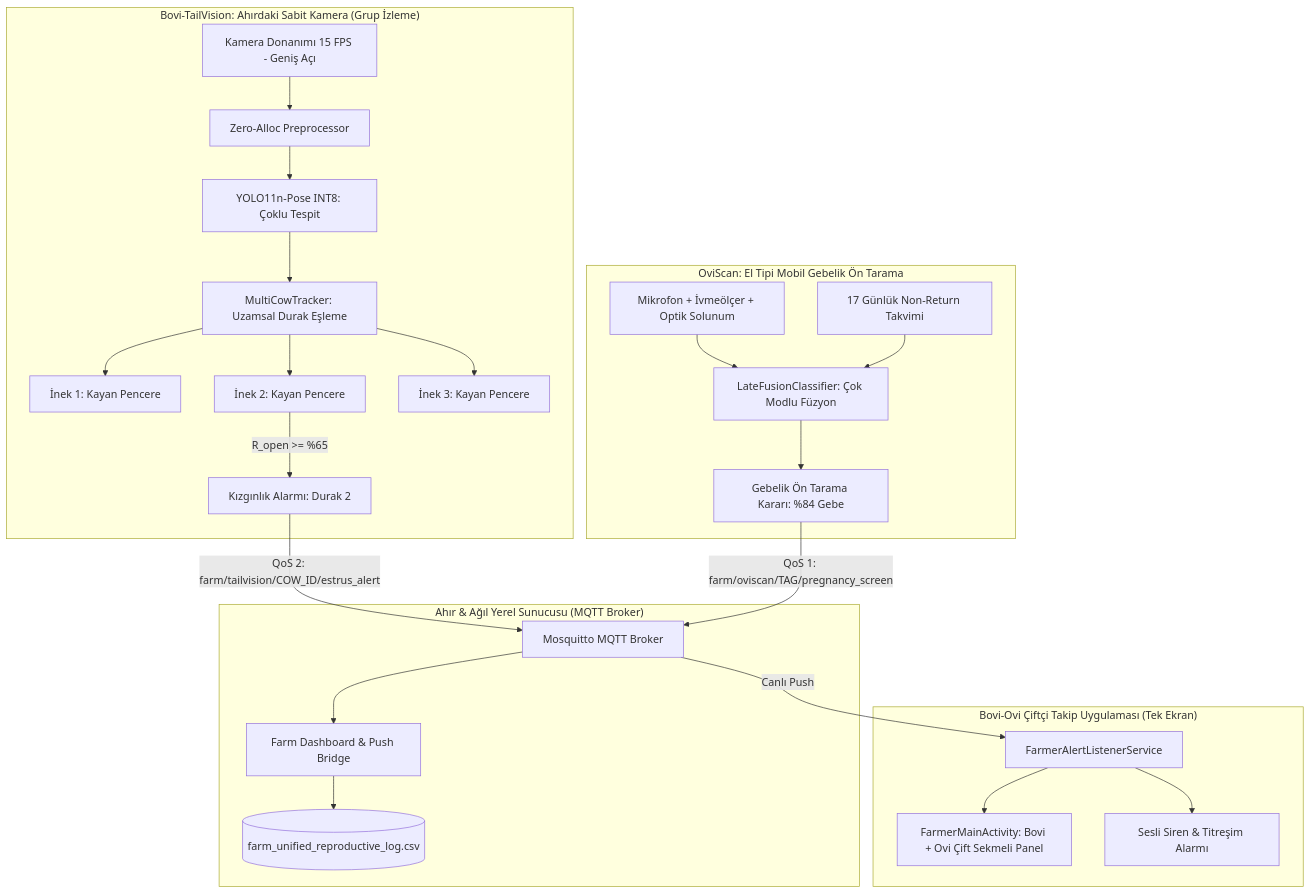
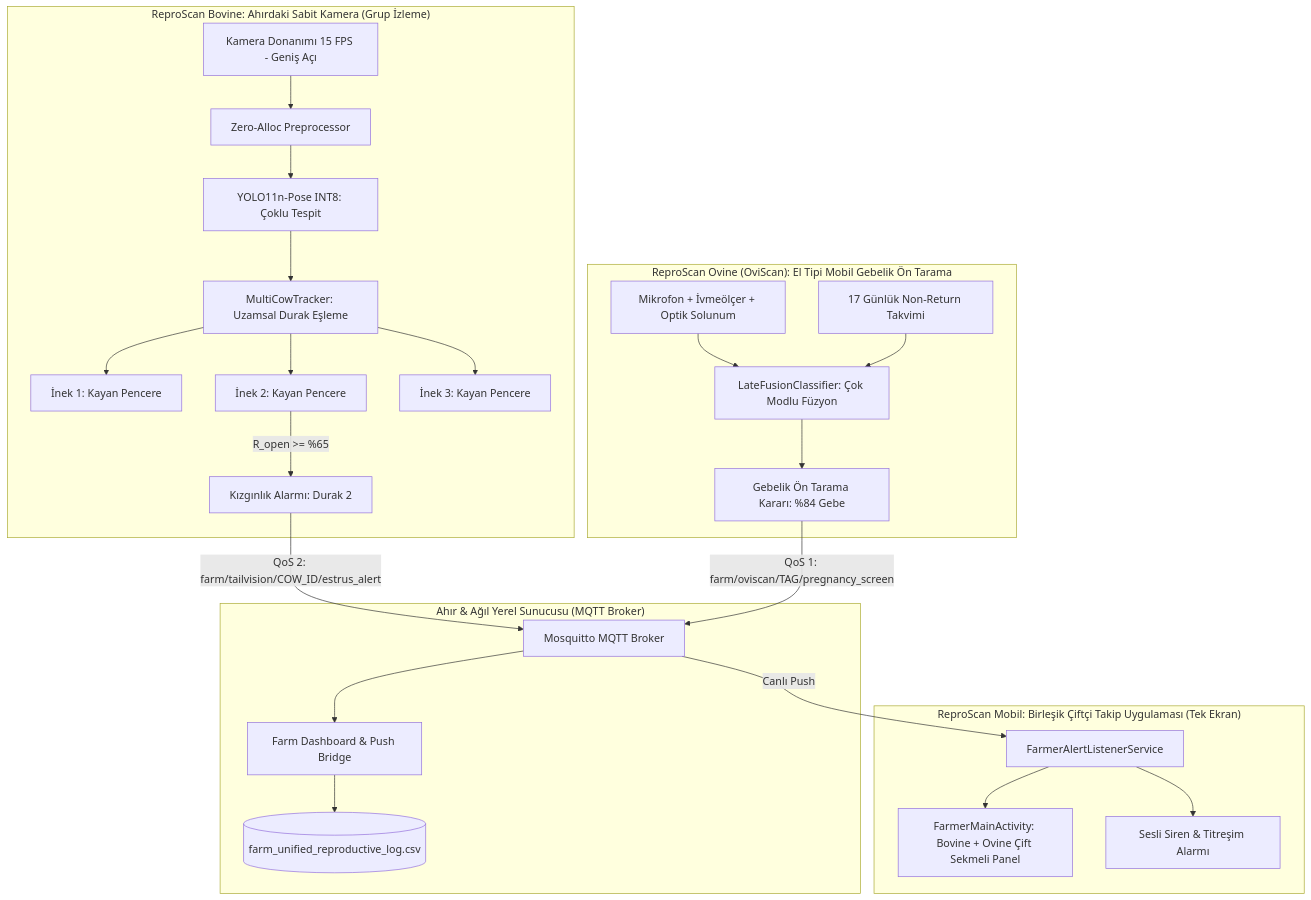
The diagram in docs/ARCHITECTURE.md (mserman90/bovi-tailvision), drawn with Mermaid before and after one commit. The commit also changed other lines of this file and 12 other files, not shown here.

Commit message:
feat: Complete unified rebranding to ReproScan (Bovine + Ovine + Mobile AI Suite)

````diff
--- a/docs/ARCHITECTURE.md
+++ b/docs/ARCHITECTURE.md
@@ -11,38 +11,38 @@
 ```mermaid
 flowchart TD
-    subgraph BoviEdge ["Bovi-TailVision: Ahırdaki Sabit Kamera (Grup İzleme)"]
+    subgraph BoviEdge ["ReproScan Bovine: Ahırdaki Sabit Kamera (Grup İzleme)"]
         Cam[Kamera Donanımı 15 FPS - Geniş Açı] --> Pre[Zero-Alloc Preprocessor]
         Pre --> TFLite[YOLO11n-Pose INT8: Çoklu Tespit]
         TFLite --> MOT[MultiCowTracker: Uzamsal Durak Eşleme]
         MOT --> Cow1[İnek 1: Kayan Pencere]
         MOT --> Cow2[İnek 2: Kayan Pencere]
         MOT --> Cow3[İnek 3: Kayan Pencere]
         Cow2 -- R_open >= %65 --> AlertBovi[Kızgınlık Alarmı: Durak 2]
     end
 
-    subgraph OviModule ["OviScan: El Tipi Mobil Gebelik Ön Tarama"]
+    subgraph OviModule ["ReproScan Ovine (OviScan): El Tipi Mobil Gebelik Ön Tarama"]
         Sensors[Mikrofon + İvmeölçer + Optik Solunum] --> Fusion[LateFusionClassifier: Çok Modlu Füzyon]
         Calendar[17 Günlük Non-Return Takvimi] --> Fusion
         Fusion --> ScreenResult[Gebelik Ön Tarama Kararı: %84 Gebe]
     end
 
     subgraph FarmServer ["Ahır & Ağıl Yerel Sunucusu (MQTT Broker)"]
         Broker[Mosquitto MQTT Broker]
         Bridge[Farm Dashboard & Push Bridge]
         DB[(farm_unified_reproductive_log.csv)]
     end
 
-    subgraph FarmerMobile ["Bovi-Ovi Çiftçi Takip Uygulaması (Tek Ekran)"]
+    subgraph FarmerMobile ["ReproScan Mobil: Birleşik Çiftçi Takip Uygulaması (Tek Ekran)"]
         Listener[FarmerAlertListenerService]
-        UI[FarmerMainActivity: Bovi + Ovi Çift Sekmeli Panel]
+        UI[FarmerMainActivity: Bovine + Ovine Çift Sekmeli Panel]
         Siren[Sesli Siren & Titreşim Alarmı]
     end
 
     AlertBovi -->|QoS 2: farm/tailvision/COW_ID/estrus_alert| Broker
     ScreenResult -->|QoS 1: farm/oviscan/TAG/pregnancy_screen| Broker
     Broker --> Bridge
     Bridge --> DB
     Broker -->|Canlı Push| Listener
     Listener --> Siren
     Listener --> UI
 ```
````
